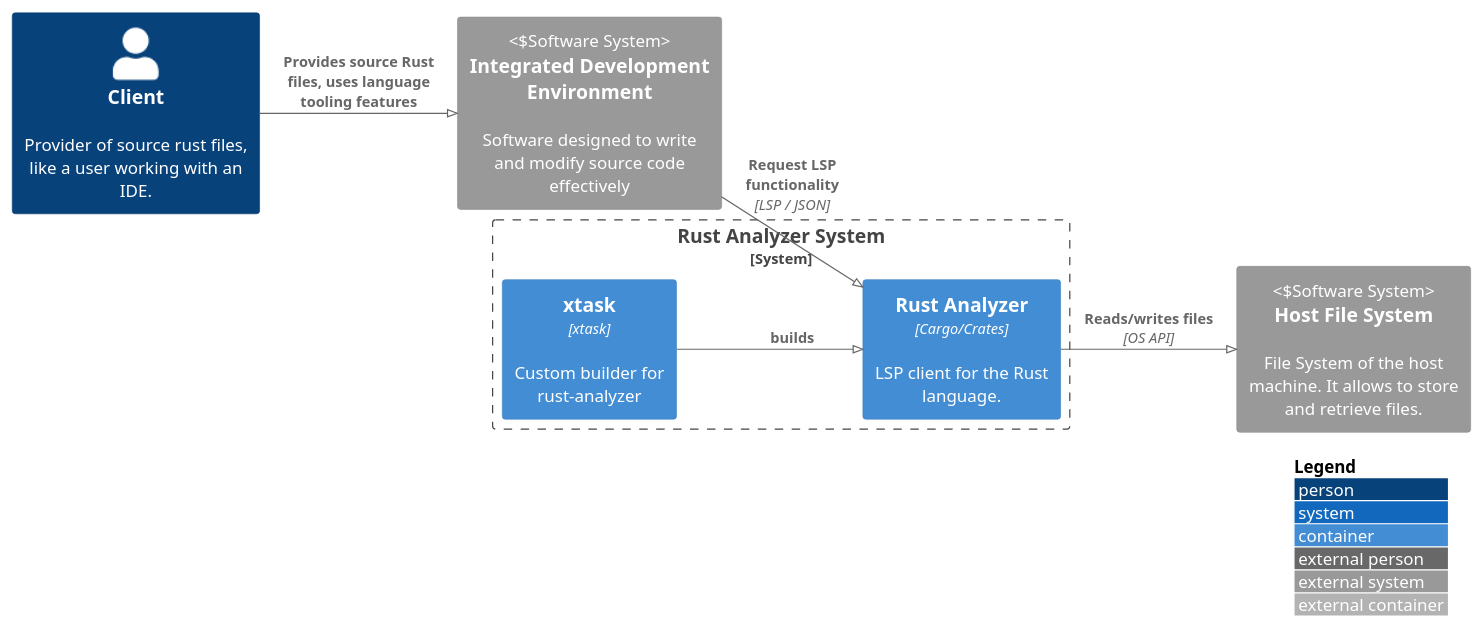
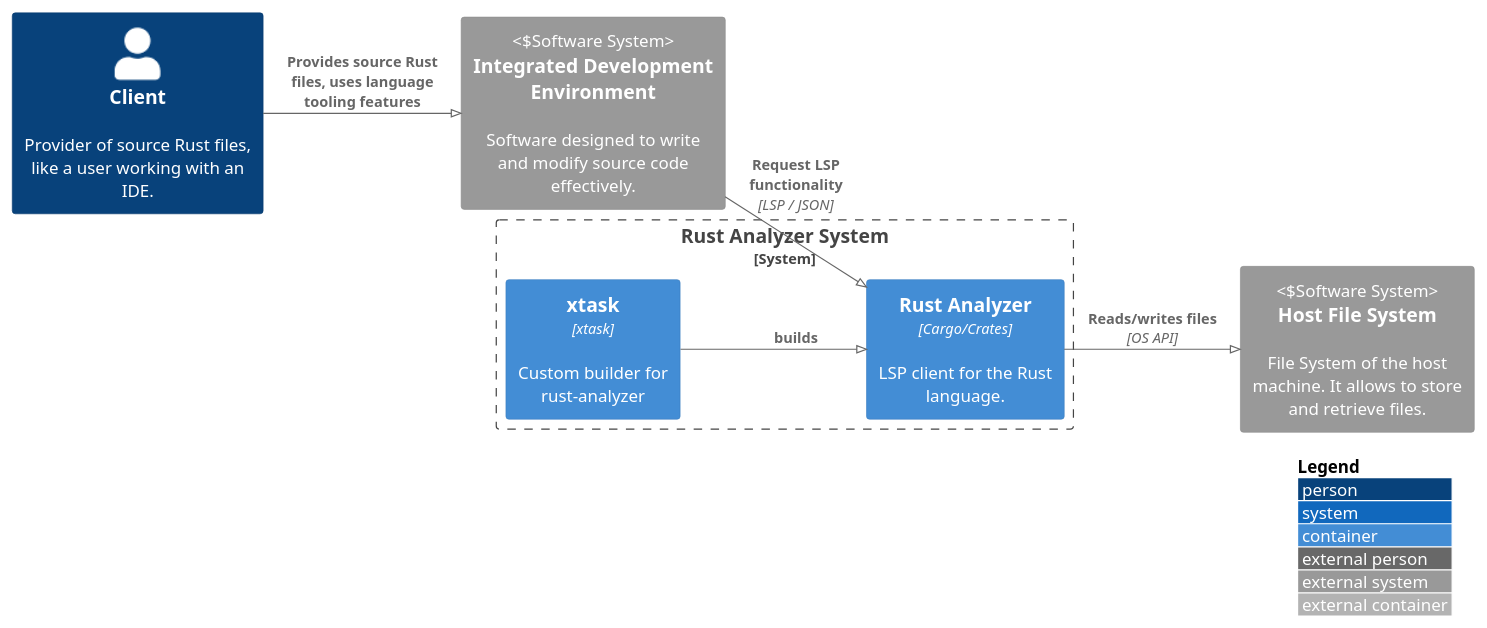
The diagram in src/diagrams/architecture/container.puml (SDATeam10/Project), drawn with PlantUML before and after one commit. The commit also changed 6 other files, not shown here.

```diff
--- a/src/diagrams/architecture/container.puml
+++ b/src/diagrams/architecture/container.puml
@@ -1,22 +1,22 @@
 @startuml
 !pragma layout smetana
 !include https://raw.githubusercontent.com/plantuml-stdlib/C4-PlantUML/master/C4_Container.puml
 left to right direction
 
 
 LAYOUT_WITH_LEGEND()
 
-Person(client, "Client", "Provider of source rust files, like a user working with an IDE.")
-System_Ext(ide_ext, "Integrated Development Environment", "Software designed to write and modify source code effectively", "Software System")
+Person(client, "Client", "Provider of source Rust files, like a user working with an IDE.")
+System_Ext(ide_ext, "Integrated Development Environment", "Software designed to write and modify source code effectively.", "Software System")
 System_Ext(file_system, "Host File System", "File System of the host machine. It allows to store and retrieve files.", "Software System")
 
 System_Boundary(sb, "Rust Analyzer System", "SoftwareSystem"){
     Container(rustanalyzer, "Rust Analyzer", "Cargo/Crates", "LSP client for the Rust language.")
     Container(xtask, "xtask", "xtask", "Custom builder for rust-analyzer")
 }
 Rel(client, ide_ext, "Provides source Rust files, uses language tooling features")
 Rel(ide_ext, rustanalyzer, "Request LSP functionality", "LSP / JSON")
 Rel(rustanalyzer, file_system, "Reads/writes files", "OS API")
 Rel(xtask, rustanalyzer, "builds")
 
 @enduml
```
